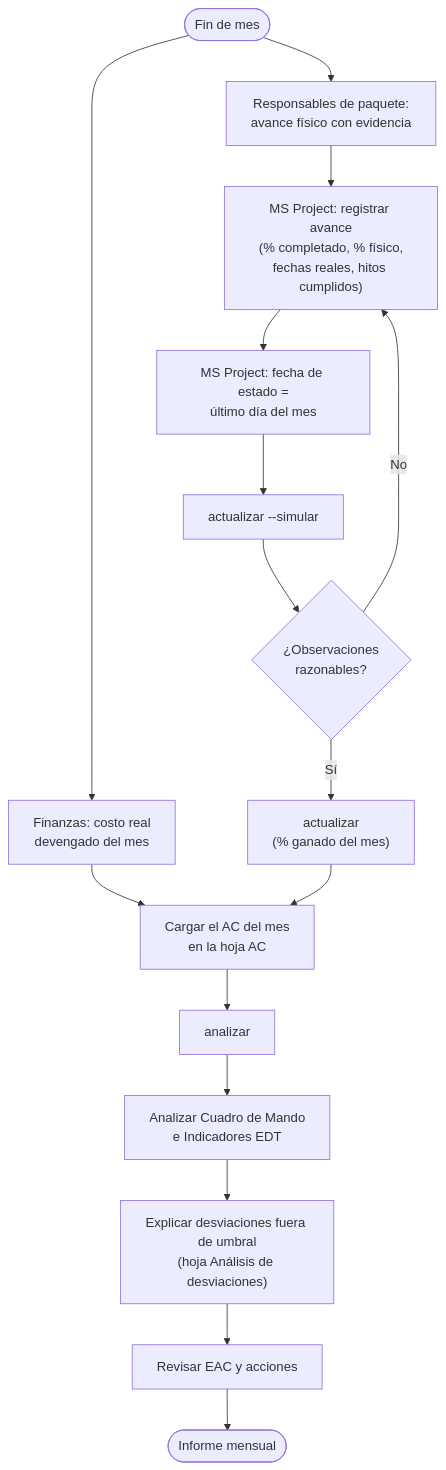
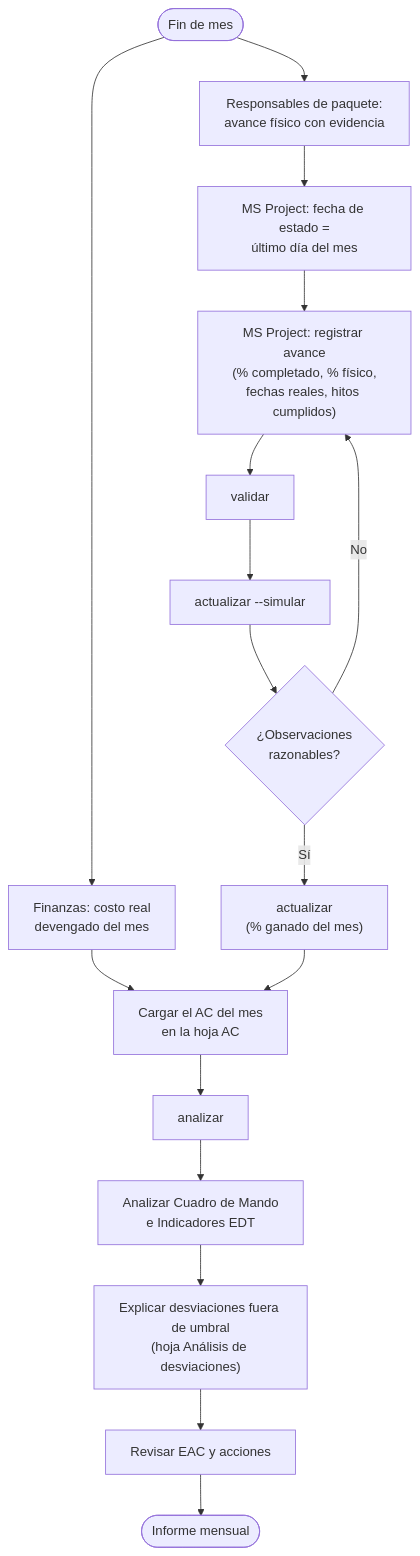
One commit to MarceloSalazar/evm-automation changed the second of 4 diagrams in docs/proceso-reporte-evm.md. Above: the diagram before and after it, drawn with Mermaid. The commit also changed other lines of this file and 43 other files, not shown here.

````diff
--- a/docs/proceso-reporte-evm.md
+++ b/docs/proceso-reporte-evm.md
@@ -104,18 +106,19 @@
 ```mermaid
 flowchart TD
     S(["Fin de mes"]) --> R1["Responsables de paquete:<br/>avance físico con evidencia"]
     S --> R2["Finanzas: costo real<br/>devengado del mes"]
-    R1 --> P1["MS Project: registrar avance<br/>(% completado, % físico,<br/>fechas reales, hitos cumplidos)"]
-    P1 --> P2["MS Project: fecha de estado =<br/>último día del mes"]
+    R1 --> P0["MS Project: fecha de estado =<br/>último día del mes"]
+    P0 --> P1["MS Project: registrar avance<br/>(% completado, % físico,<br/>fechas reales, hitos cumplidos)"]
+    P1 --> P2["validar"]
     P2 --> U1["actualizar --simular"]
     U1 --> V{"¿Observaciones<br/>razonables?"}
     V -- "No" --> P1
     V -- "Sí" --> U3["actualizar<br/>(% ganado del mes)"]
     R2 --> AC2["Cargar el AC del mes<br/>en la hoja AC"]
     U3 --> AC2
     AC2 --> AZ["analizar"]
     AZ --> AN["Analizar Cuadro de Mando<br/>e Indicadores EDT"]
     AN --> X["Explicar desviaciones fuera de umbral<br/>(hoja Análisis de desviaciones)"]
     X --> EAC["Revisar EAC y acciones"]
     EAC --> INF(["Informe mensual"])
 ```
````
